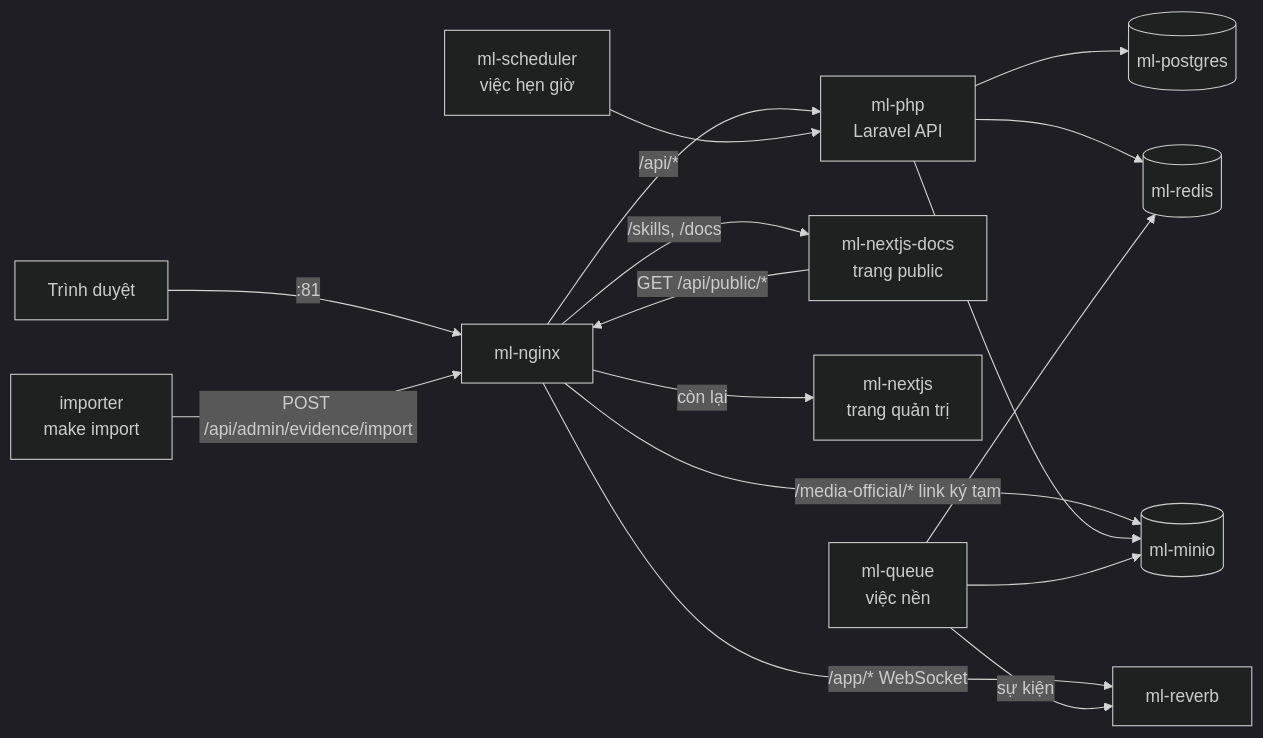
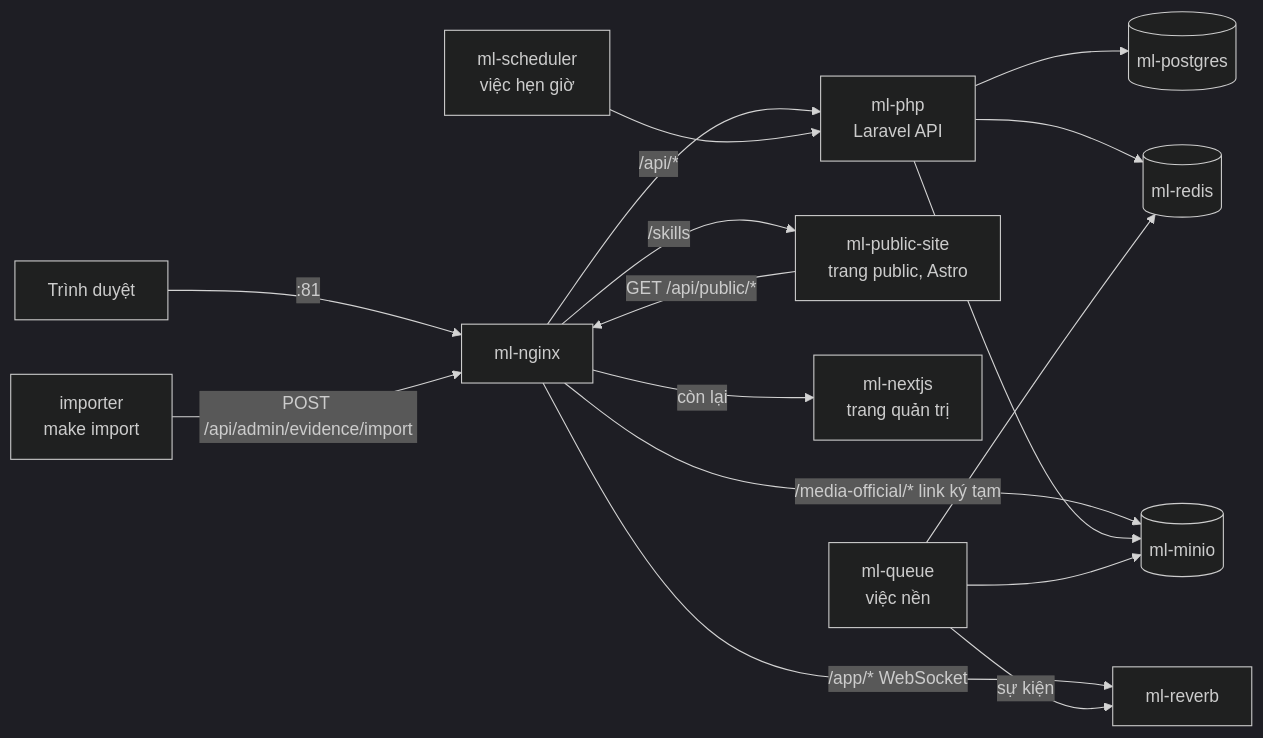
One commit to VinhDV-MCWAI/second_memory changed the first of 2 diagrams in docs/architecture/current.md. Above: the diagram before and after it, drawn with Mermaid (dark theme). The commit also changed other lines of this file and 13 other files, not shown here.

Commit message:
docs: public site on Astro (features, architecture, dev guide, Docker, rules)

````diff
--- a/docs/architecture/current.md
+++ b/docs/architecture/current.md
@@ -7,18 +7,18 @@
 ```mermaid
 flowchart LR
     B[Trình duyệt] -->|:81| N[ml-nginx]
     N -->|/api/*| P[ml-php<br/>Laravel API]
     N -->|/app/* WebSocket| R2[ml-reverb]
     N -->|/media-official/* link ký tạm| M[(ml-minio)]
-    N -->|/skills, /docs| D[ml-nextjs-docs<br/>trang public]
+    N -->|/skills| D[ml-public-site<br/>trang public, Astro]
     N -->|còn lại| F[ml-nextjs<br/>trang quản trị]
     D -->|GET /api/public/*| N
     P --> PG[(ml-postgres)]
     P --> R[(ml-redis)]
     P --> M
     Q[ml-queue<br/>việc nền] --> R
     Q --> M
     S[ml-scheduler<br/>việc hẹn giờ] --> P
     Q -->|sự kiện| R2
     I[importer<br/>make import] -->|POST /api/admin/evidence/import| N
 ```
````
